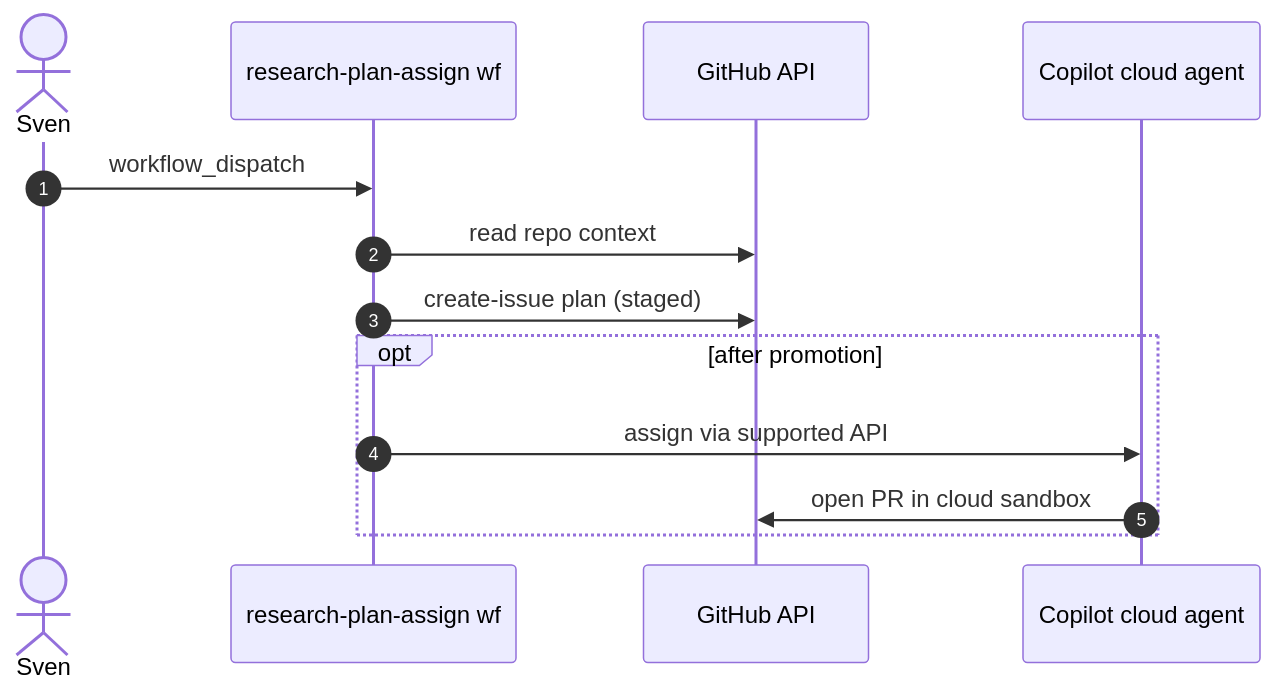
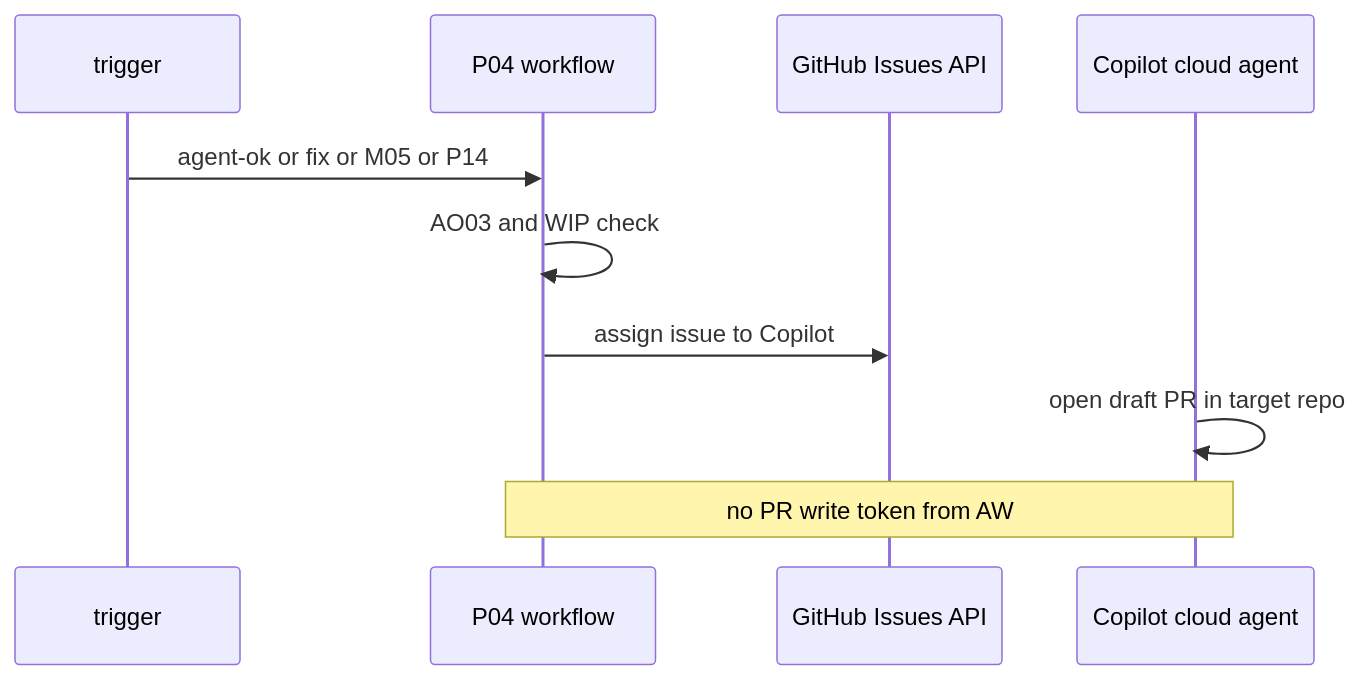
One commit to svennijhuis/agentic-workflows changed the first of 2 diagrams in docs/pbi/multi-repo/P04-research-plan-assign-copilot.md. Above: the diagram before and after it, drawn with Mermaid. The commit also changed other lines of this file and 99 other files, not shown here.

````diff
--- a/docs/pbi/multi-repo/P04-research-plan-assign-copilot.md
+++ b/docs/pbi/multi-repo/P04-research-plan-assign-copilot.md
@@ -44,15 +42,12 @@
 ```mermaid
 sequenceDiagram
-  autonumber
-  actor Sven
-  participant W as research-plan-assign wf
-  participant G as GitHub API
+  participant T as trigger
+  participant P as P04 workflow
+  participant API as GitHub Issues API
   participant CA as Copilot cloud agent
-  Sven->>W: workflow_dispatch
-  W->>G: read repo context
-  W->>G: create-issue plan (staged)
-  opt after promotion
-    W->>CA: assign via supported API
-    CA->>G: open PR in cloud sandbox
-  end
+  T->>P: agent-ok or fix or M05 or P14
+  P->>P: AO03 and WIP check
+  P->>API: assign issue to Copilot
+  CA->>CA: open draft PR in target repo
+  Note over P,CA: no PR write token from AW
 ```
````
